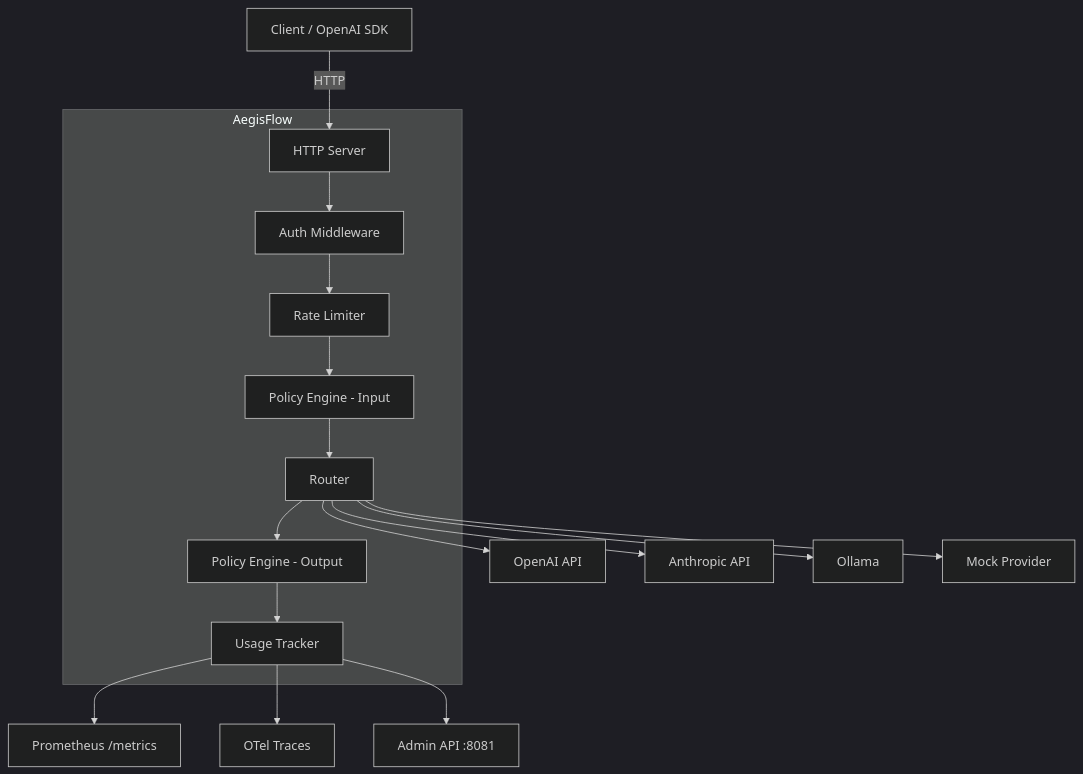
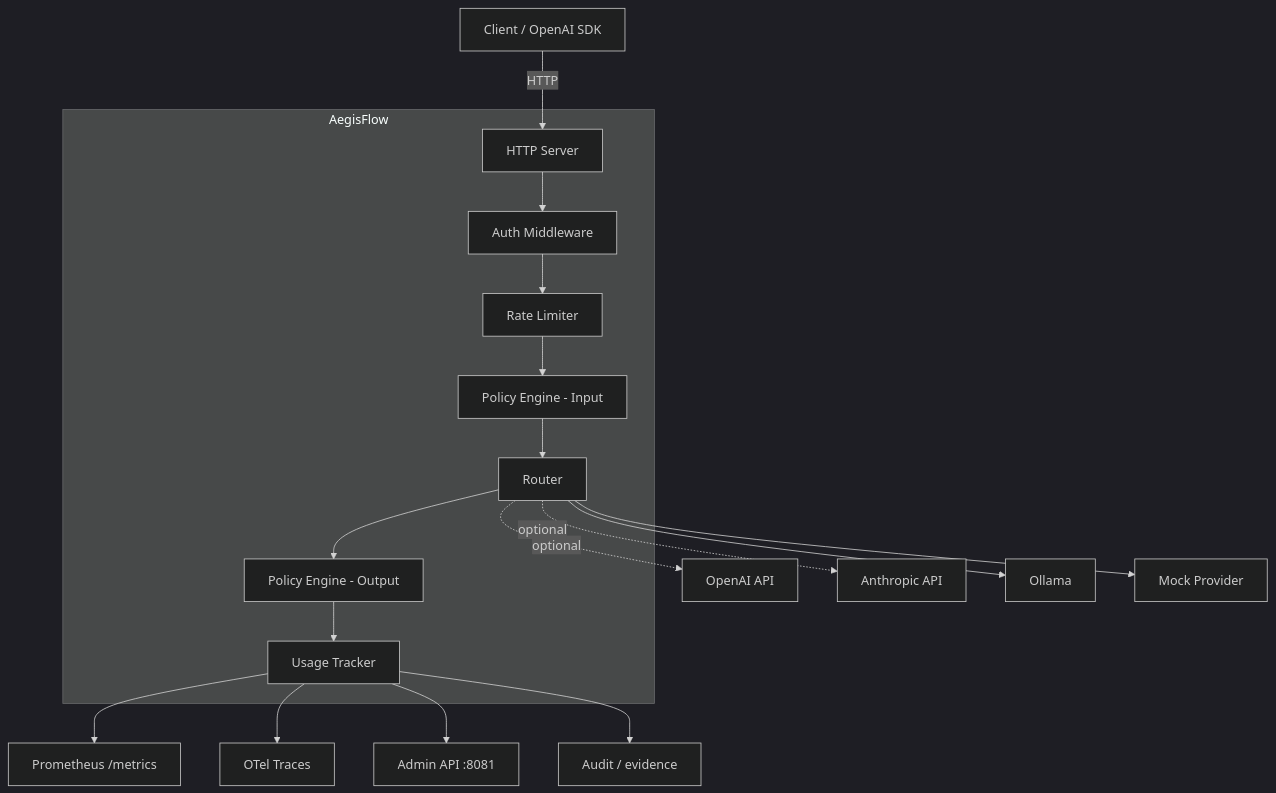
One commit to saivedant169/AegisFlow changed the second of 3 diagrams in docs/architecture.md. Above: the diagram before and after it, drawn with Mermaid (dark theme). The commit also changed other lines of this file and 2 other files, not shown here.

````diff
--- a/docs/architecture.md
+++ b/docs/architecture.md
@@ -9,26 +30,27 @@
 ```mermaid
 graph TB
     Client[Client / OpenAI SDK] -->|HTTP| Gateway
 
     subgraph AegisFlow
         Gateway[HTTP Server]
         Auth[Auth Middleware]
         RL[Rate Limiter]
         PolicyIn[Policy Engine - Input]
         Router[Router]
         PolicyOut[Policy Engine - Output]
         Usage[Usage Tracker]
 
         Gateway --> Auth --> RL --> PolicyIn --> Router
         Router --> PolicyOut --> Usage
     end
 
-    Router --> OpenAI[OpenAI API]
-    Router --> Anthropic[Anthropic API]
+    Router -. optional .-> OpenAI[OpenAI API]
+    Router -. optional .-> Anthropic[Anthropic API]
     Router --> Ollama[Ollama]
     Router --> Mock[Mock Provider]
 
     Usage --> Metrics[Prometheus /metrics]
     Usage --> Traces[OTel Traces]
     Usage --> Admin[Admin API :8081]
+    Usage --> Audit[Audit / evidence]
 ```
````
